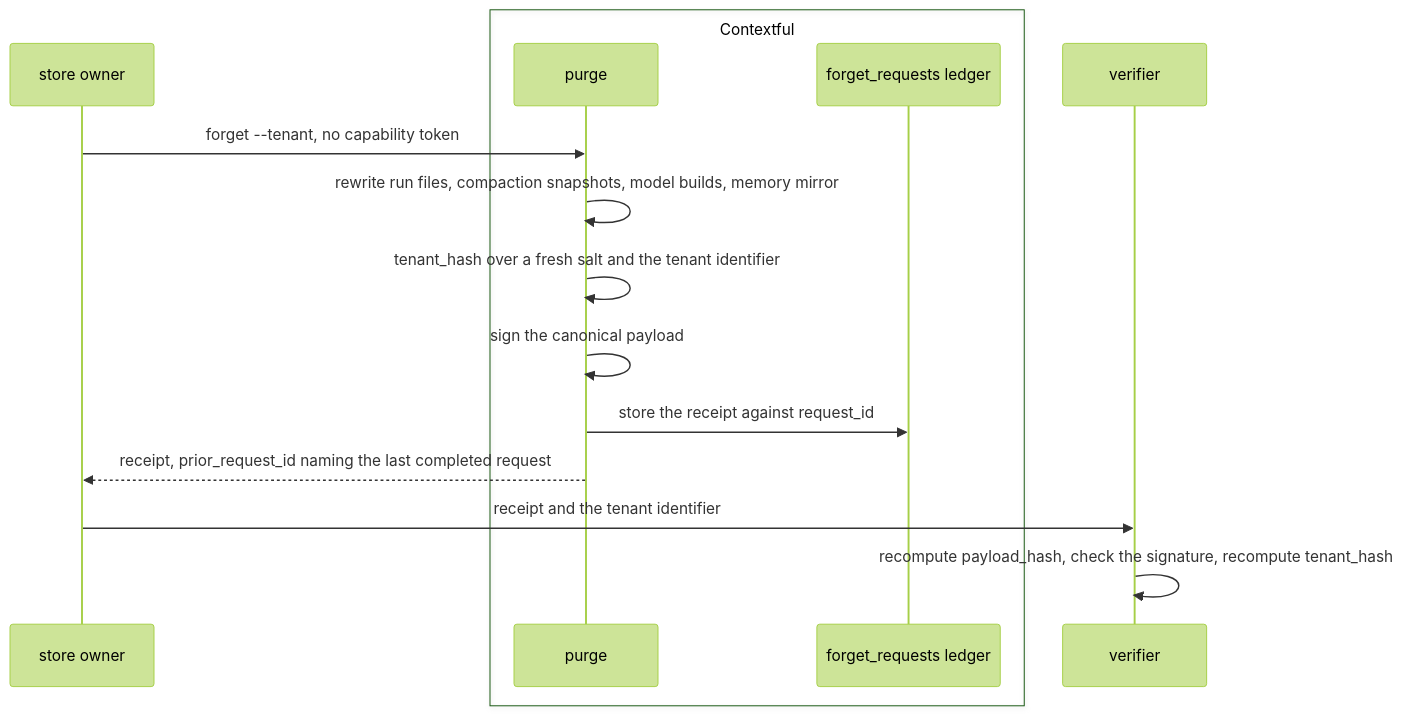
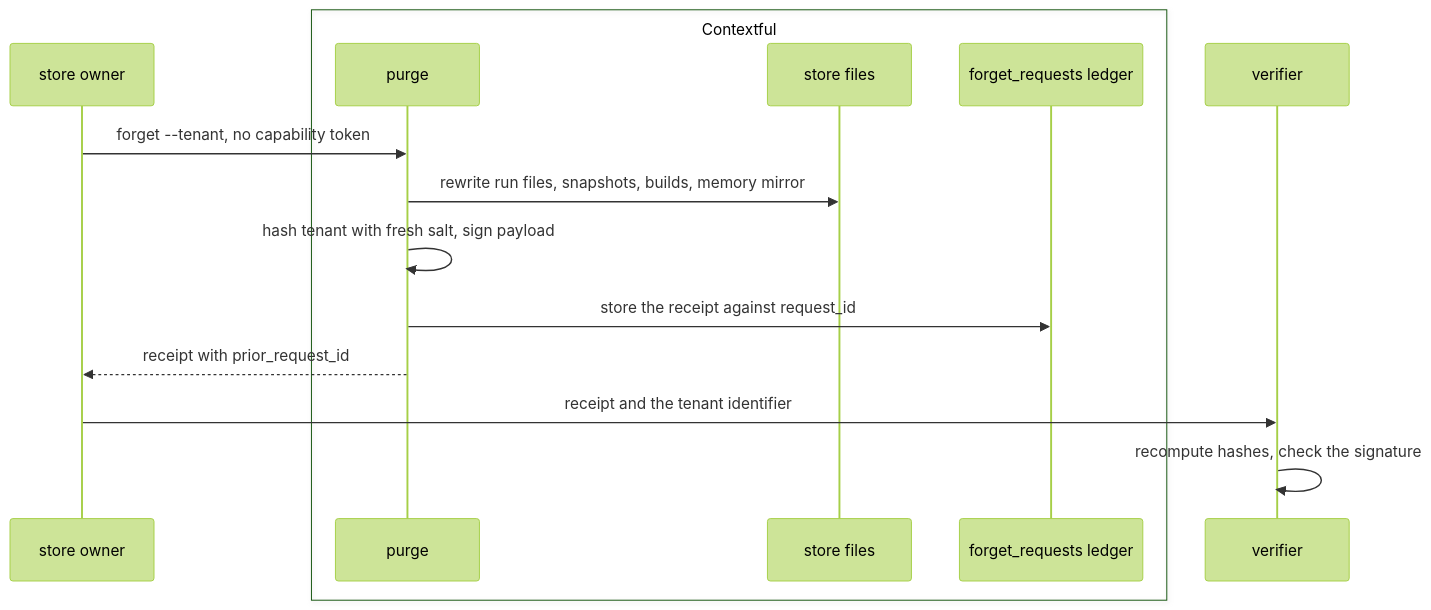
One commit to fractalboxdev/contextful changed the fourth of 5 diagrams in spec/62-accountability.md. Above: the diagram before and after it, drawn with Mermaid (forest theme). The commit also changed other lines of this file and 31 other files, not shown here.

First line of the commit message:
spec: every diagram draws things as nodes and what flows as labelled edges

````diff
--- a/spec/62-accountability.md
+++ b/spec/62-accountability.md
@@ -175,17 +168,17 @@
 ```mermaid
 sequenceDiagram
     participant O as store owner
     box Contextful
         participant P as purge
+        participant S as store files
         participant L as forget_requests ledger
     end
     participant V as verifier
     O->>P: forget --tenant, no capability token
-    P->>P: rewrite run files, compaction snapshots, model builds, memory mirror
-    P->>P: tenant_hash over a fresh salt and the tenant identifier
-    P->>P: sign the canonical payload
+    P->>S: rewrite run files, snapshots, builds, memory mirror
+    P->>P: hash tenant with fresh salt, sign payload
     P->>L: store the receipt against request_id
-    P-->>O: receipt, prior_request_id naming the last completed request
+    P-->>O: receipt with prior_request_id
     O->>V: receipt and the tenant identifier
-    V->>V: recompute payload_hash, check the signature, recompute tenant_hash
+    V->>V: recompute hashes, check the signature
 ```
````
